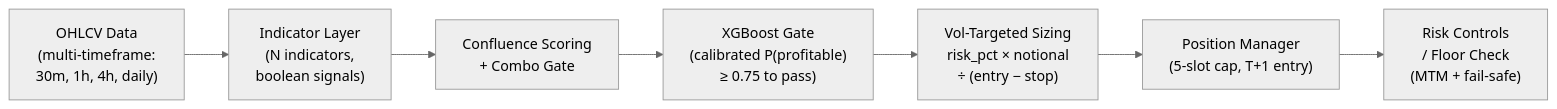
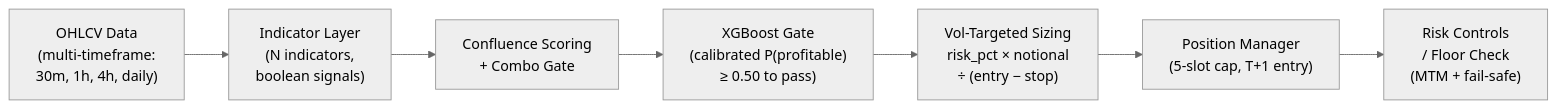
Before and after one commit to daniel-wzy/apex-quant: the diagram in README.md, drawn with Mermaid (neutral theme). The commit also changed other lines of this file and 4 other files, not shown here.

````diff
--- a/README.md
+++ b/README.md
@@ -9,12 +9,12 @@
 ```mermaid
 flowchart LR
     A["OHLCV Data\n(multi-timeframe:\n30m, 1h, 4h, daily)"]
     B["Indicator Layer\n(N indicators,\nboolean signals)"]
     C["Confluence Scoring\n+ Combo Gate"]
-    D["XGBoost Gate\n(calibrated P(profitable)\n≥ 0.75 to pass)"]
+    D["XGBoost Gate\n(calibrated P(profitable)\n≥ 0.50 to pass)"]
     E["Vol-Targeted Sizing\nrisk_pct × notional\n÷ (entry − stop)"]
     F["Position Manager\n(5-slot cap, T+1 entry)"]
     G["Risk Controls\n/ Floor Check\n(MTM + fail-safe)"]
 
     A --> B --> C --> D --> E --> F --> G
 ```
````
